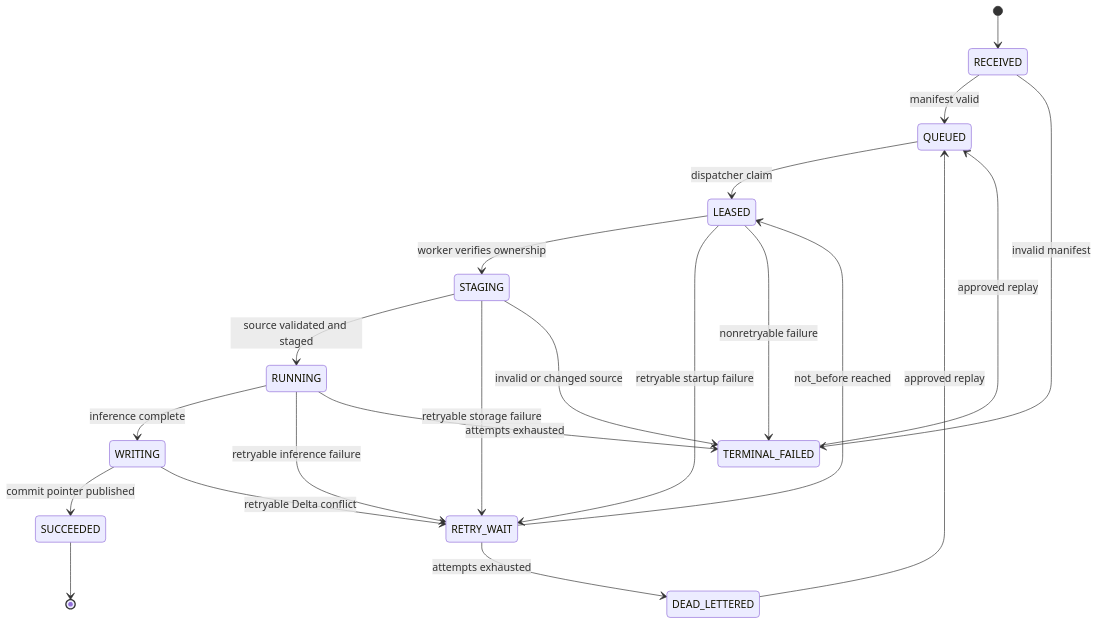
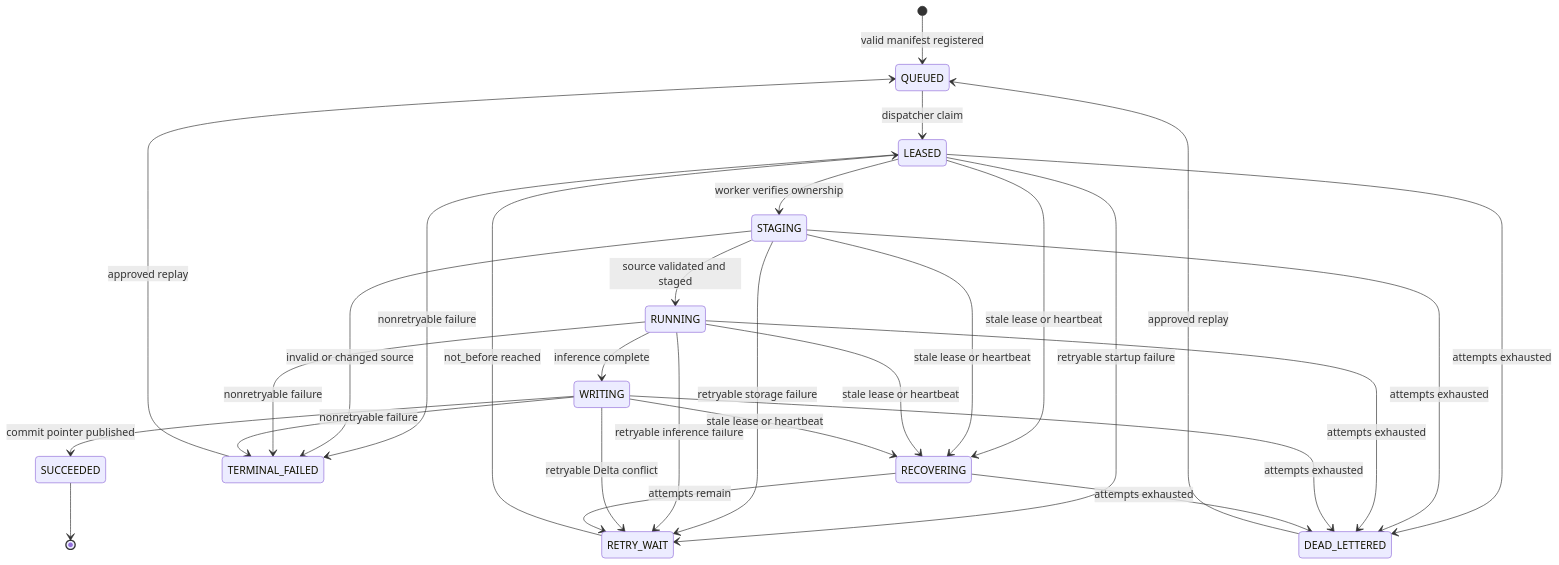
One commit to martins-vds/people-counter changed the fourth of 6 diagrams in notebooks/fabric/README.md. Above: the diagram before and after it, drawn with Mermaid. The commit also changed other lines of this file and 13 other files, not shown here.

````diff
--- a/notebooks/fabric/README.md
+++ b/notebooks/fabric/README.md
@@ -265,23 +265,31 @@
 ```mermaid
 stateDiagram-v2
-    [*] --> RECEIVED
-    RECEIVED --> QUEUED: manifest valid
-    RECEIVED --> TERMINAL_FAILED: invalid manifest
+    [*] --> QUEUED: valid manifest registered
     QUEUED --> LEASED: dispatcher claim
     RETRY_WAIT --> LEASED: not_before reached
     LEASED --> STAGING: worker verifies ownership
     STAGING --> RUNNING: source validated and staged
     RUNNING --> WRITING: inference complete
     WRITING --> SUCCEEDED: commit pointer published
     LEASED --> RETRY_WAIT: retryable startup failure
     STAGING --> RETRY_WAIT: retryable storage failure
     RUNNING --> RETRY_WAIT: retryable inference failure
     WRITING --> RETRY_WAIT: retryable Delta conflict
     LEASED --> TERMINAL_FAILED: nonretryable failure
     STAGING --> TERMINAL_FAILED: invalid or changed source
-    RUNNING --> TERMINAL_FAILED: attempts exhausted
-    RETRY_WAIT --> DEAD_LETTERED: attempts exhausted
+    RUNNING --> TERMINAL_FAILED: nonretryable failure
+    WRITING --> TERMINAL_FAILED: nonretryable failure
+    LEASED --> DEAD_LETTERED: attempts exhausted
+    STAGING --> DEAD_LETTERED: attempts exhausted
+    RUNNING --> DEAD_LETTERED: attempts exhausted
+    WRITING --> DEAD_LETTERED: attempts exhausted
+    LEASED --> RECOVERING: stale lease or heartbeat
+    STAGING --> RECOVERING: stale lease or heartbeat
+    RUNNING --> RECOVERING: stale lease or heartbeat
+    WRITING --> RECOVERING: stale lease or heartbeat
+    RECOVERING --> RETRY_WAIT: attempts remain
+    RECOVERING --> DEAD_LETTERED: attempts exhausted
     TERMINAL_FAILED --> QUEUED: approved replay
     DEAD_LETTERED --> QUEUED: approved replay
     SUCCEEDED --> [*]
 ```
````
